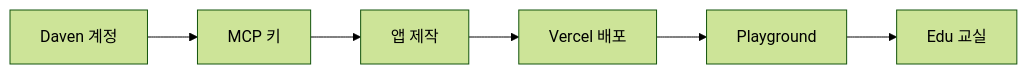
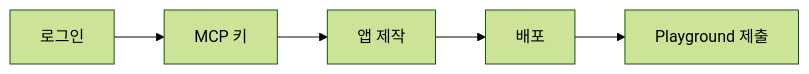
One commit to daven-dev/docs changed the diagram in edu/quickstart.mdx. Above: the diagram before and after it, drawn with Mermaid (forest theme). The commit also changed other lines of this file and 15 other files, not shown here.

First line of the commit message:
Simplify Edu Apps docs for developers and MCP reference.

````diff
--- a/edu/quickstart.mdx
+++ b/edu/quickstart.mdx
@@ -8,8 +8,7 @@
 ```mermaid
 flowchart LR
-  A[Daven 계정] --> B[MCP 키]
+  A[로그인] --> B[MCP 키]
   B --> C[앱 제작]
-  C --> D[Vercel 배포]
-  D --> E[Playground]
-  E --> F[Edu 교실]
+  C --> D[배포]
+  D --> E[Playground 제출]
 ```
````
